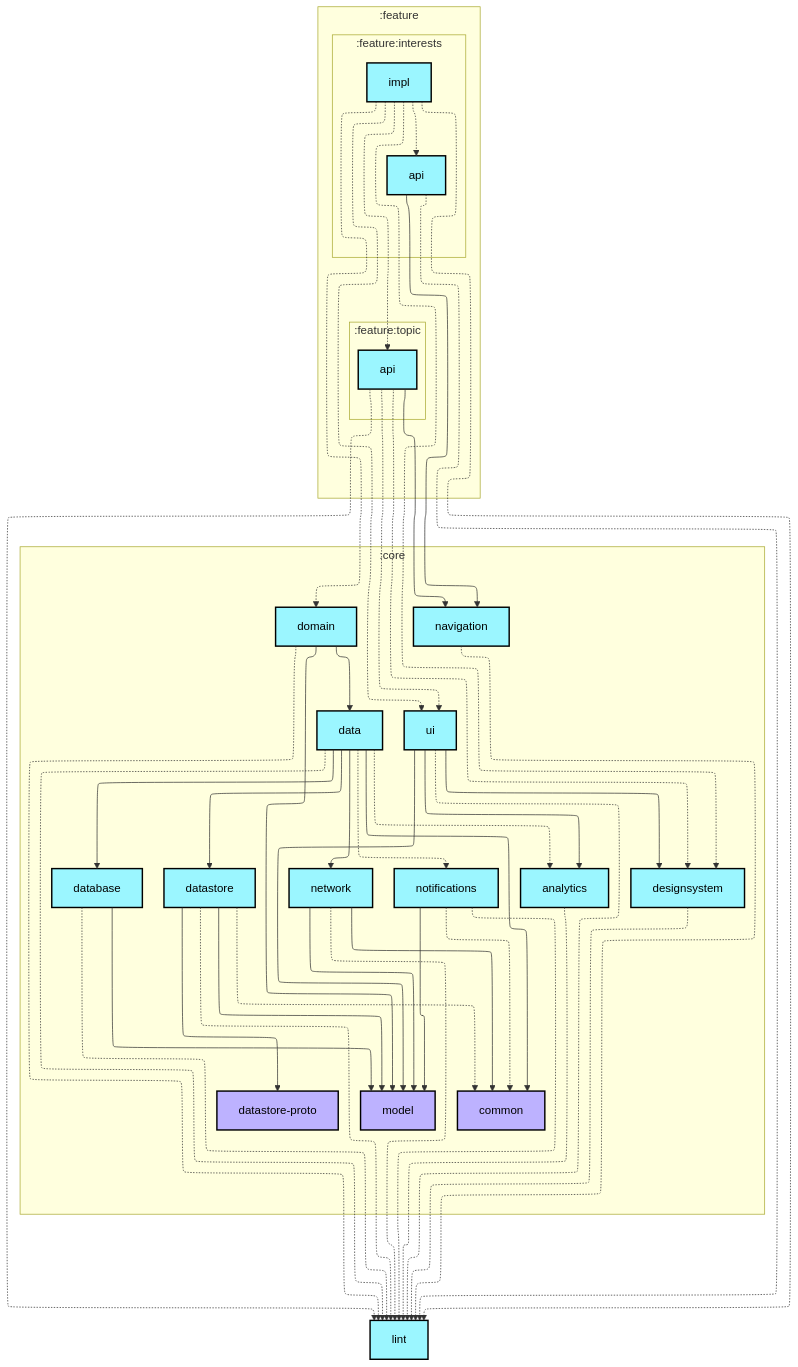
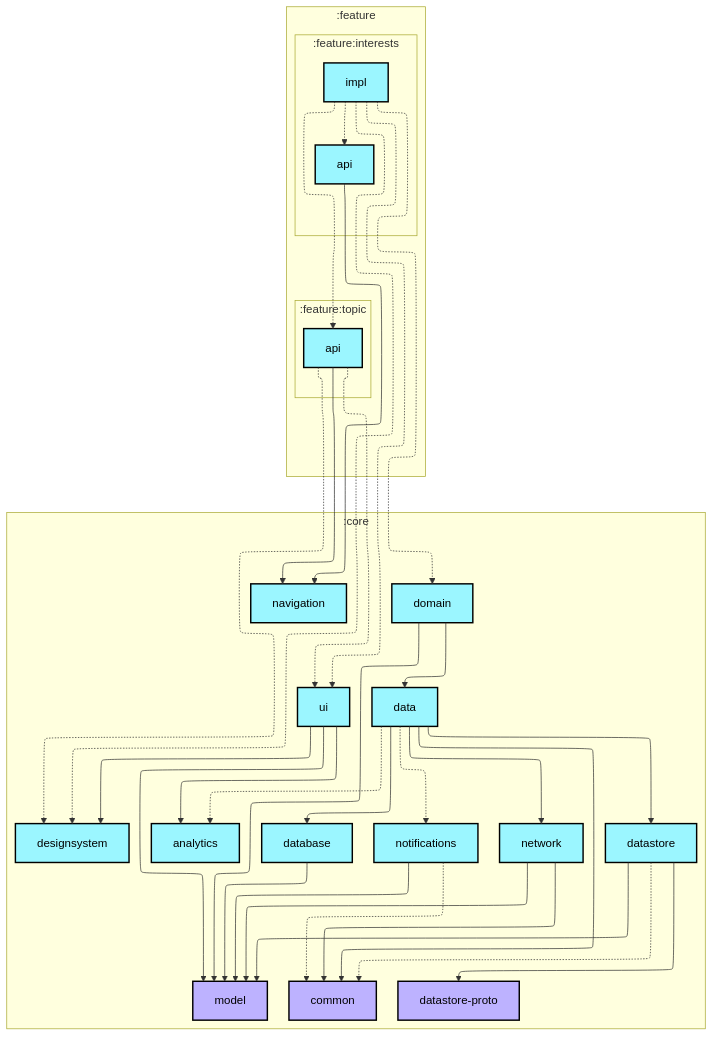
One commit to android/nowinandroid changed the first of 2 diagrams in feature/interests/impl/README.md. Above: the diagram before and after it, drawn with Mermaid. The commit also changed 30 other files, not shown here.

```diff
--- a/feature/interests/impl/README.md
+++ b/feature/interests/impl/README.md
@@ -39,49 +39,35 @@
     :core:notifications[notifications]:::android-library
     :core:ui[ui]:::android-library
   end
-  :lint[lint]:::android-library
 
-  :core:analytics -.-> :lint
   :core:data -.-> :core:analytics
   :core:data --> :core:common
   :core:data --> :core:database
   :core:data --> :core:datastore
   :core:data --> :core:network
   :core:data -.-> :core:notifications
-  :core:data -.-> :lint
   :core:database --> :core:model
-  :core:database -.-> :lint
   :core:datastore -.-> :core:common
   :core:datastore --> :core:datastore-proto
   :core:datastore --> :core:model
-  :core:datastore -.-> :lint
-  :core:designsystem -.-> :lint
   :core:domain --> :core:data
   :core:domain --> :core:model
-  :core:domain -.-> :lint
-  :core:navigation -.-> :lint
   :core:network --> :core:common
   :core:network --> :core:model
-  :core:network -.-> :lint
   :core:notifications -.-> :core:common
   :core:notifications --> :core:model
-  :core:notifications -.-> :lint
   :core:ui --> :core:analytics
   :core:ui --> :core:designsystem
   :core:ui --> :core:model
-  :core:ui -.-> :lint
   :feature:interests:api --> :core:navigation
-  :feature:interests:api -.-> :lint
   :feature:interests:impl -.-> :core:designsystem
   :feature:interests:impl -.-> :core:domain
   :feature:interests:impl -.-> :core:ui
   :feature:interests:impl -.-> :feature:interests:api
   :feature:interests:impl -.-> :feature:topic:api
-  :feature:interests:impl -.-> :lint
   :feature:topic:api -.-> :core:designsystem
   :feature:topic:api --> :core:navigation
   :feature:topic:api -.-> :core:ui
-  :feature:topic:api -.-> :lint
 
 classDef android-application fill:#CAFFBF,stroke:#000,stroke-width:2px,color:#000;
 classDef android-feature fill:#FFD6A5,stroke:#000,stroke-width:2px,color:#000;
```
